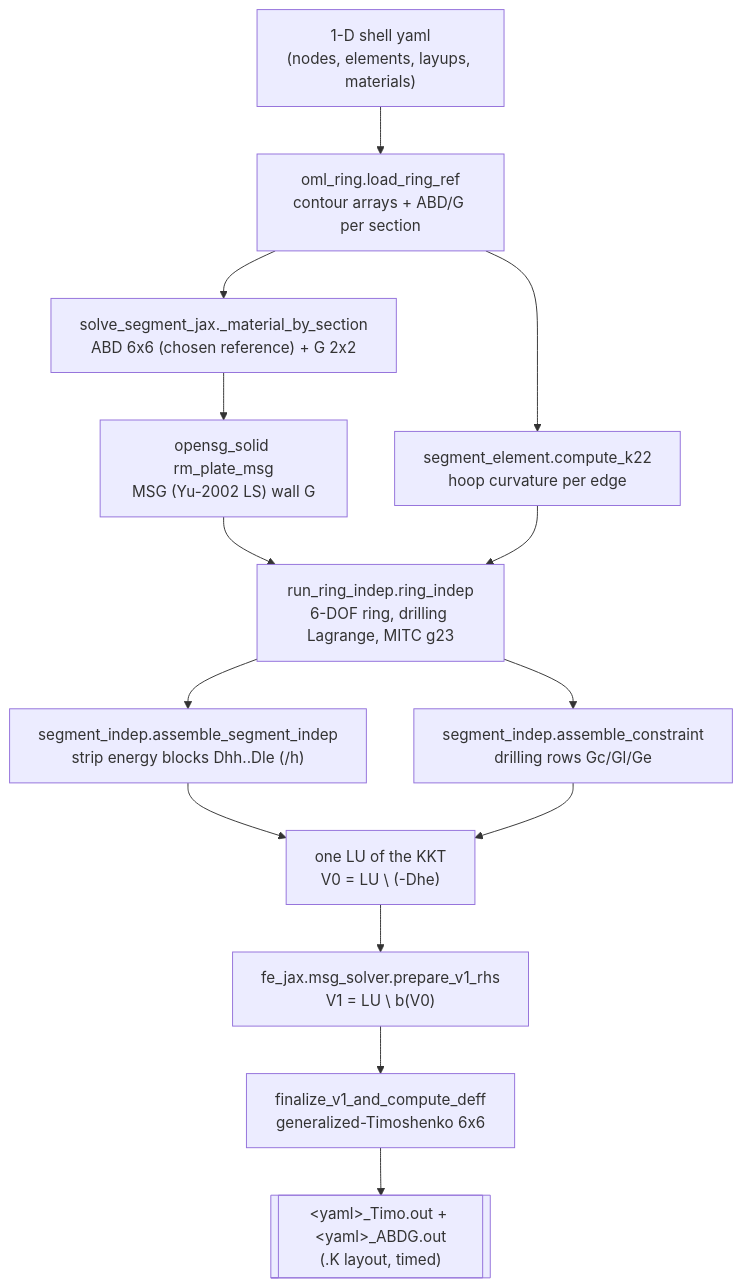
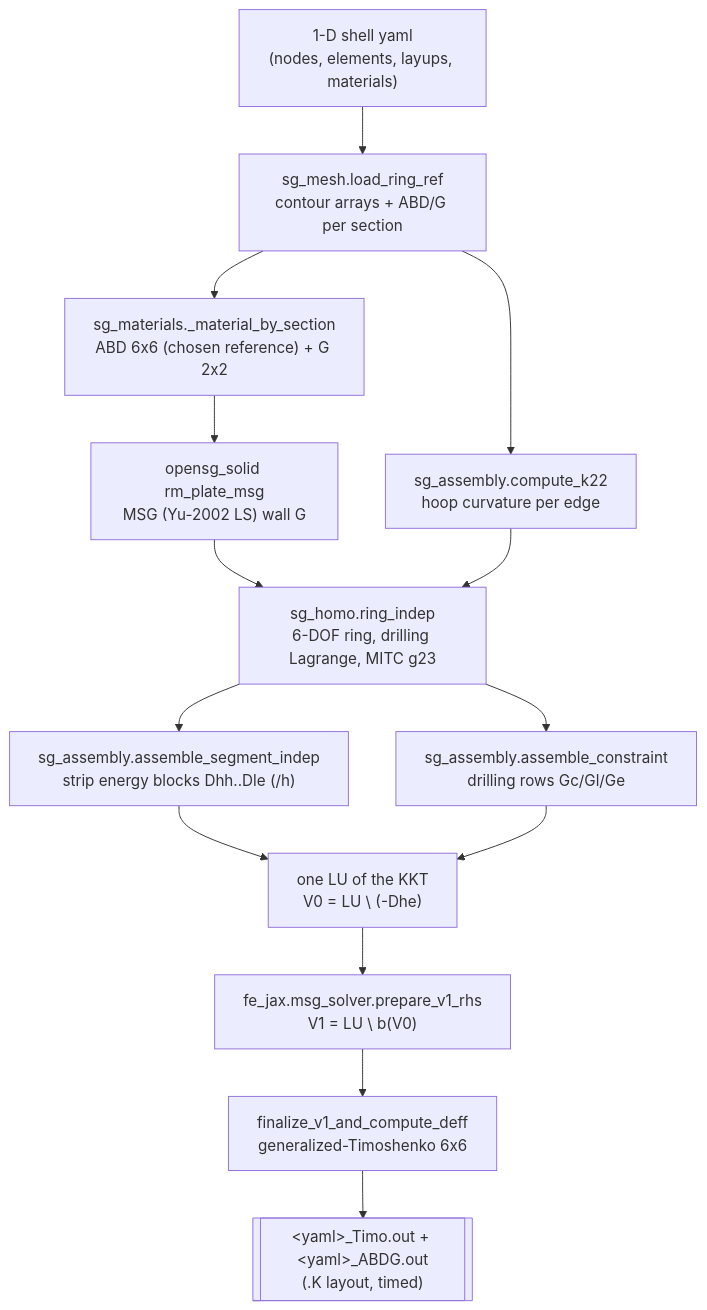
One commit to wenbinyugroup/OpenSG changed the first of 4 diagrams in docs/architecture.md. Above: the diagram before and after it, drawn with Mermaid. The commit also changed other lines of this file and 86 other files, not shown here.

First line of the commit message:
opensg_shell restructured to the sg_* file-per-concern architecture

````diff
--- a/docs/architecture.md
+++ b/docs/architecture.md
@@ -18,16 +18,16 @@
 ```{mermaid}
 flowchart TD
-    Y1["1-D shell yaml<br/>(nodes, elements, layups, materials)"] --> LR["oml_ring.load_ring_ref<br/>contour arrays + ABD/G per section"]
-    LR --> MB["solve_segment_jax._material_by_section<br/>ABD 6x6 (chosen reference) + G 2x2"]
+    Y1["1-D shell yaml<br/>(nodes, elements, layups, materials)"] --> LR["sg_mesh.load_ring_ref<br/>contour arrays + ABD/G per section"]
+    LR --> MB["sg_materials._material_by_section<br/>ABD 6x6 (chosen reference) + G 2x2"]
     MB --> GMSG["opensg_solid rm_plate_msg<br/>MSG (Yu-2002 LS) wall G"]
-    LR --> K22["segment_element.compute_k22<br/>hoop curvature per edge"]
-    GMSG --> RI["run_ring_indep.ring_indep<br/>6-DOF ring, drilling Lagrange, MITC g23"]
+    LR --> K22["sg_assembly.compute_k22<br/>hoop curvature per edge"]
+    GMSG --> RI["sg_homo.ring_indep<br/>6-DOF ring, drilling Lagrange, MITC g23"]
     K22 --> RI
-    RI --> ASM["segment_indep.assemble_segment_indep<br/>strip energy blocks Dhh..Dle (/h)"]
-    RI --> CON["segment_indep.assemble_constraint<br/>drilling rows Gc/Gl/Ge"]
+    RI --> ASM["sg_assembly.assemble_segment_indep<br/>strip energy blocks Dhh..Dle (/h)"]
+    RI --> CON["sg_assembly.assemble_constraint<br/>drilling rows Gc/Gl/Ge"]
     ASM --> LU["one LU of the KKT<br/>V0 = LU \ (-Dhe)"]
     CON --> LU
     LU --> V1["fe_jax.msg_solver.prepare_v1_rhs<br/>V1 = LU \ b(V0)"]
     V1 --> FIN["finalize_v1_and_compute_deff<br/>generalized-Timoshenko 6x6"]
     FIN --> OUT1[["&lt;yaml&gt;_Timo.out + &lt;yaml&gt;_ABDG.out<br/>(.K layout, timed)"]]
 ```
````
